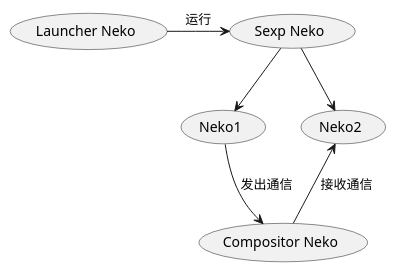
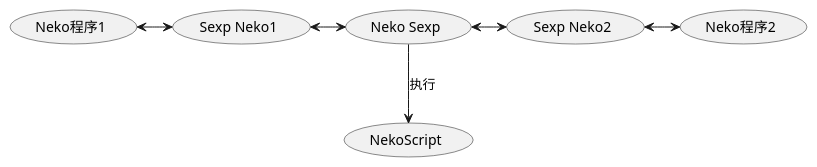
Before and after one commit to MinkieYume/LiquidNeko: the diagram in docs/LiquidNeko架构.org, drawn with PlantUML. The commit also changed other lines of this file and 15 other files, not shown here.

```diff
--- a/docs/LiquidNeko架构.org
+++ b/docs/LiquidNeko架构.org
@@ -4,7 +4,7 @@
 #+BEGIN_SRC plantuml :file liquidneko_strcut.png
-(Launcher Neko) -> (Sexp Neko):运行
-(Sexp Neko) --> (Neko1)
-(Sexp Neko) --> (Neko2)
-(Neko1) --> (Compositor Neko):发出通信
-(Neko2) <-- (Compositor Neko):接收通信
+(Neko程序1) <-> (Sexp Neko1)
+(Sexp Neko1) <->  (Neko Sexp)
+(Neko Sexp) <-> (Sexp Neko2)
+(Sexp Neko2) <-> (Neko程序2)
+(Neko Sexp) --> (NekoScript) : 执行
 #+END_SRC
```
